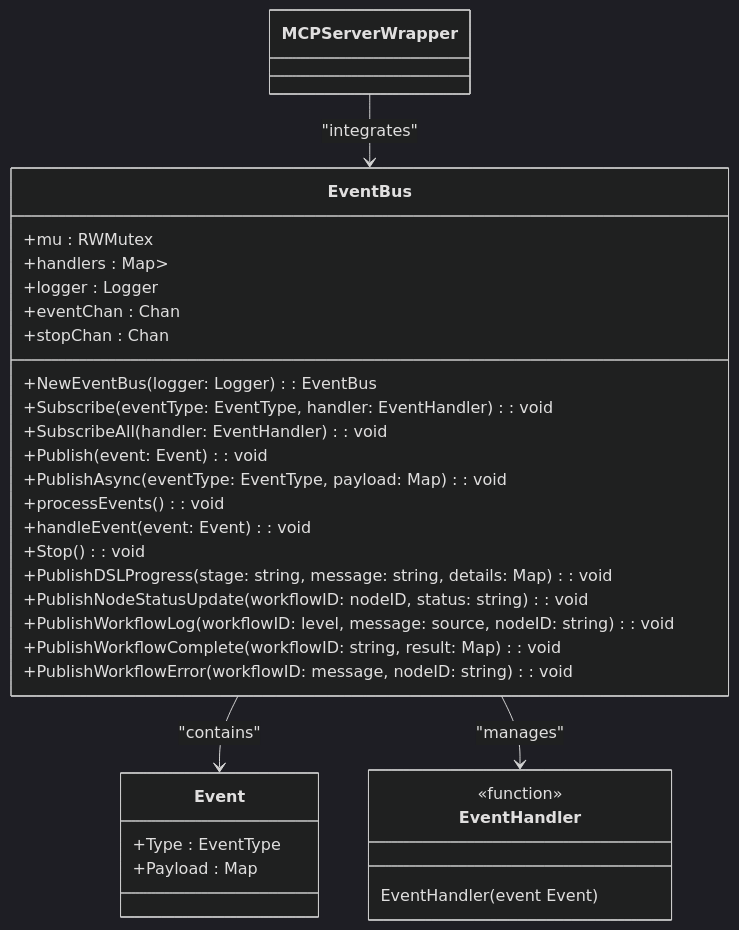
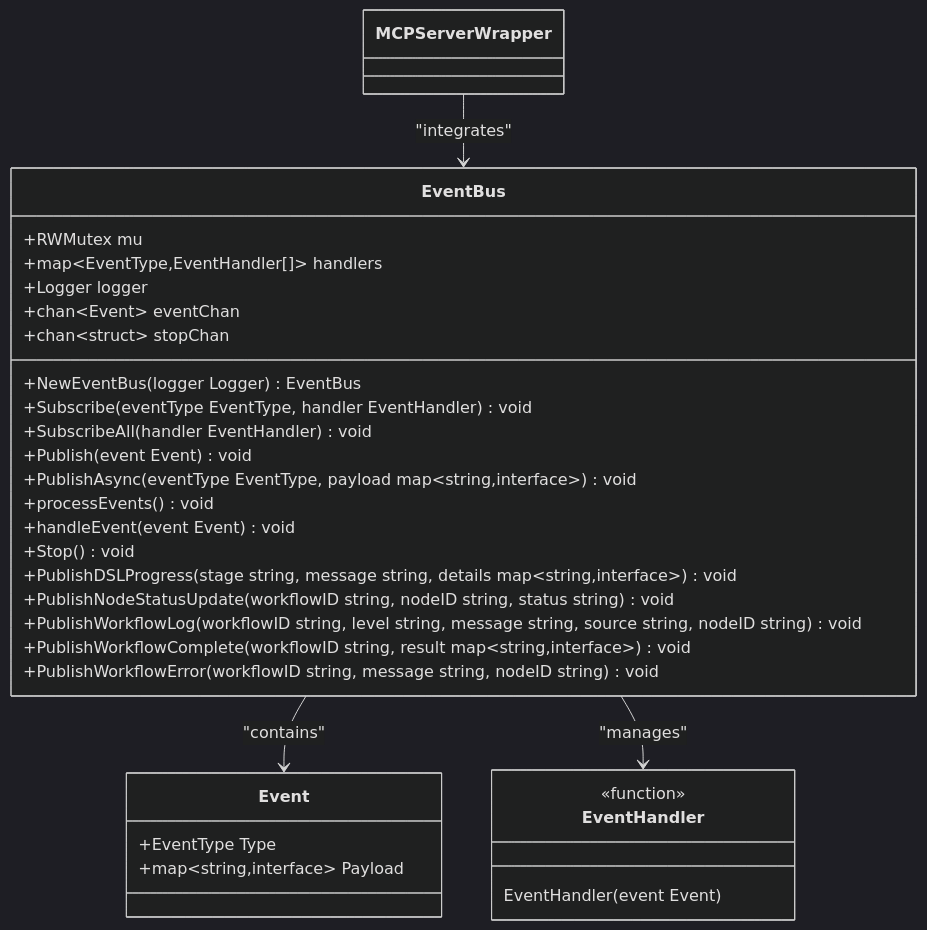
One commit to prxs-ai/praxis-go-sdk changed the sixth of 9 diagrams in docs/Architecture Overview/Model Context Protocol (MCP) Integration/MCP Server Implementation.md. Above: the diagram before and after it, drawn with Mermaid (dark theme). The commit also changed other lines of this file and 33 other files, not shown here.

````diff
--- a/docs/Architecture Overview/Model Context Protocol (MCP) Integration/MCP Server Implementation.md
+++ b/docs/Architecture Overview/Model Context Protocol (MCP) Integration/MCP Server Implementation.md
@@ -285,34 +286,34 @@
 ```mermaid
 classDiagram
 class EventBus {
-+mu : RWMutex
-+handlers : Map<EventType, List<EventHandler>>
-+logger : Logger
-+eventChan : Chan<Event>
-+stopChan : Chan<struct>
-+NewEventBus(logger: Logger) : EventBus
-+Subscribe(eventType: EventType, handler: EventHandler) : void
-+SubscribeAll(handler: EventHandler) : void
-+Publish(event: Event) : void
-+PublishAsync(eventType: EventType, payload: Map<string, interface>) : void
-+processEvents() : void
-+handleEvent(event: Event) : void
-+Stop() : void
-+PublishDSLProgress(stage: string, message: string, details: Map<string, interface>) : void
-+PublishNodeStatusUpdate(workflowID: nodeID, status: string) : void
-+PublishWorkflowLog(workflowID: level, message: source, nodeID: string) : void
-+PublishWorkflowComplete(workflowID: string, result: Map<string, interface>) : void
-+PublishWorkflowError(workflowID: message, nodeID: string) : void
++RWMutex mu
++map~EventType,EventHandler[]~ handlers
++Logger logger
++chan~Event~ eventChan
++chan~struct~ stopChan
++NewEventBus(logger Logger) EventBus
++Subscribe(eventType EventType, handler EventHandler) void
++SubscribeAll(handler EventHandler) void
++Publish(event Event) void
++PublishAsync(eventType EventType, payload map~string,interface~) void
++processEvents() void
++handleEvent(event Event) void
++Stop() void
++PublishDSLProgress(stage string, message string, details map~string,interface~) void
++PublishNodeStatusUpdate(workflowID string, nodeID string, status string) void
++PublishWorkflowLog(workflowID string, level string, message string, source string, nodeID string) void
++PublishWorkflowComplete(workflowID string, result map~string,interface~) void
++PublishWorkflowError(workflowID string, message string, nodeID string) void
 }
 class Event {
-+Type : EventType
-+Payload : Map<string, interface>
++EventType Type
++map~string,interface~ Payload
 }
 class EventHandler {
 <<function>>
 EventHandler(event Event)
 }
 EventBus --> Event : "contains"
 EventBus --> EventHandler : "manages"
 MCPServerWrapper --> EventBus : "integrates"
 ```
````
